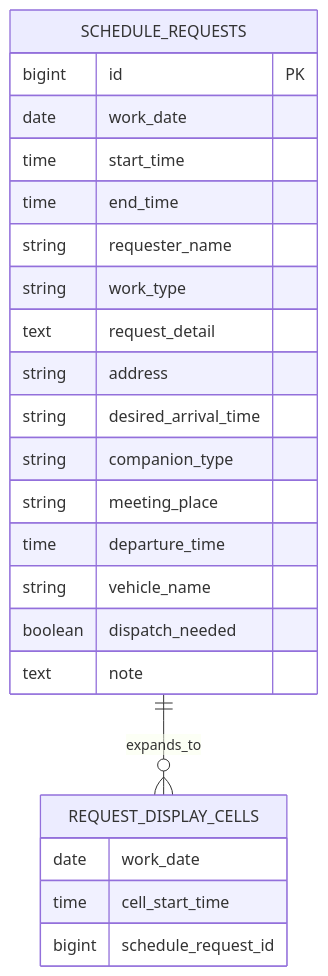
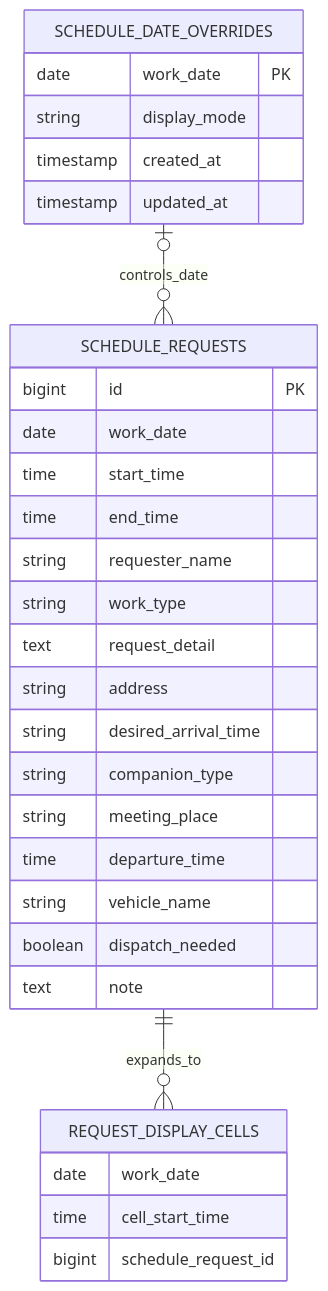
Before and after one commit to yuya-dev-dev/schedule-system: the diagram in docs/database-design.md, drawn with Mermaid. The commit also changed other lines of this file and 7 other files, not shown here.

````diff
--- a/docs/database-design.md
+++ b/docs/database-design.md
@@ -11,28 +11,36 @@
 ```mermaid
 erDiagram
     SCHEDULE_REQUESTS ||--o{ REQUEST_DISPLAY_CELLS : expands_to
+    SCHEDULE_DATE_OVERRIDES o|--o{ SCHEDULE_REQUESTS : controls_date
 
     SCHEDULE_REQUESTS {
         bigint id PK
         date work_date
         time start_time
         time end_time
         string requester_name
         string work_type
         text request_detail
         string address
         string desired_arrival_time
         string companion_type
         string meeting_place
         time departure_time
         string vehicle_name
         boolean dispatch_needed
         text note
     }
 
     REQUEST_DISPLAY_CELLS {
         date work_date
         time cell_start_time
         bigint schedule_request_id
     }
+
+    SCHEDULE_DATE_OVERRIDES {
+        date work_date PK
+        string display_mode
+        timestamp created_at
+        timestamp updated_at
+    }
 ```
````
